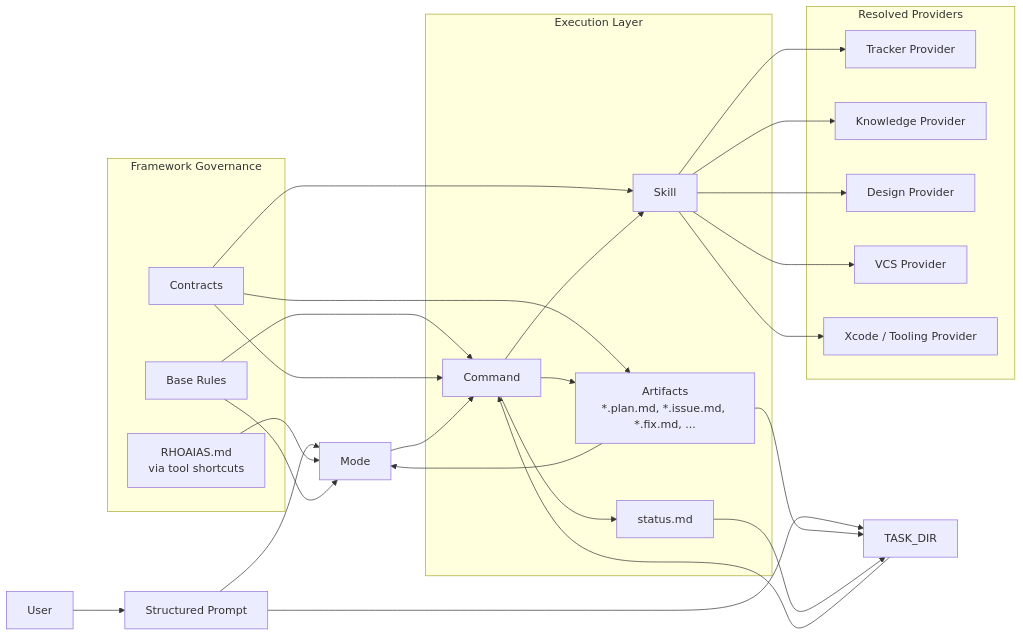
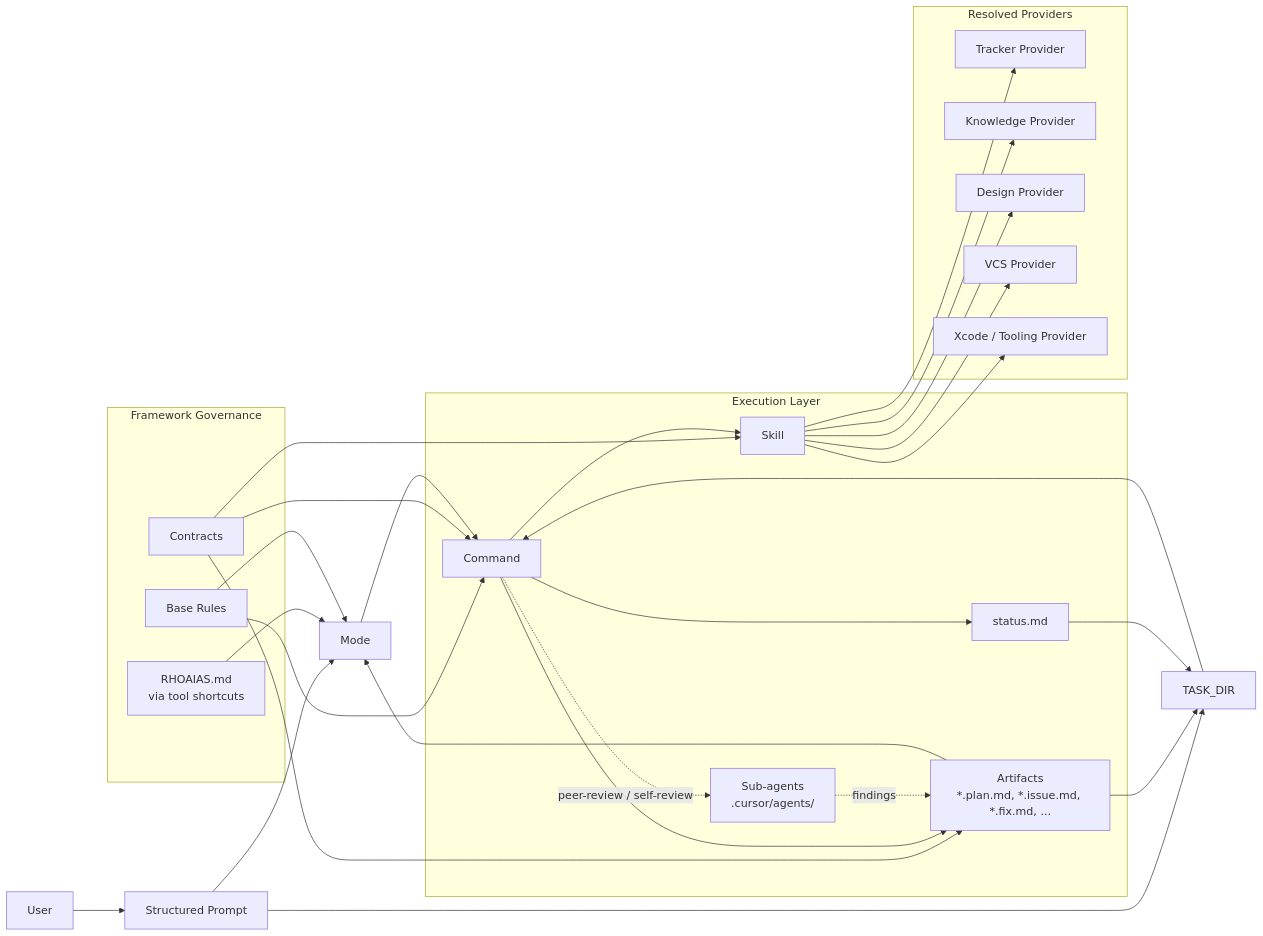
The first of 4 diagrams in docs/ARCHITECTURE.md (reeceGuerra/aias), drawn with Mermaid before and after one commit. The commit also changed other lines of this file and 1 other file, not shown here.

First line of the commit message:
[v9.0]: add sub-agents to Mermaid diagrams in ARCHITECTURE.md and README.md

````diff
--- a/docs/ARCHITECTURE.md
+++ b/docs/ARCHITECTURE.md
@@ -166,50 +166,53 @@
 ```mermaid
 flowchart LR
     U[User] --> SP[Structured Prompt]
     SP --> Mode[Mode]
     SP --> TaskDir[TASK_DIR]
 
     subgraph Governance["Framework Governance"]
         Context[RHOAIAS.md<br/>via tool shortcuts]
         Rules[Base Rules]
         Contracts[Contracts]
     end
 
     subgraph Execution["Execution Layer"]
         Command[Command]
         Skill[Skill]
+        SubAgents["Sub-agents<br/>.cursor/agents/"]
         Status[status.md]
         Artifacts[Artifacts<br/>*.plan.md, *.issue.md, *.fix.md, ...]
     end
 
     subgraph Providers["Resolved Providers"]
         Tracker[Tracker Provider]
         Knowledge[Knowledge Provider]
         Design[Design Provider]
         VCS[VCS Provider]
         Xcode[Xcode / Tooling Provider]
     end
 
     Context --> Mode
     Rules --> Mode
     Rules --> Command
     Contracts --> Command
     Contracts --> Skill
     Contracts --> Artifacts
 
     Mode --> Command
     TaskDir --> Command
     Command --> Skill
     Command --> Artifacts
     Command --> Status
+    Command -.->|"peer-review / self-review"| SubAgents
+    SubAgents -.->|"findings"| Artifacts
 
     Skill --> Tracker
     Skill --> Knowledge
     Skill --> Design
     Skill --> VCS
     Skill --> Xcode
 
     Artifacts --> TaskDir
     Status --> TaskDir
     Artifacts --> Mode
 ```
````
